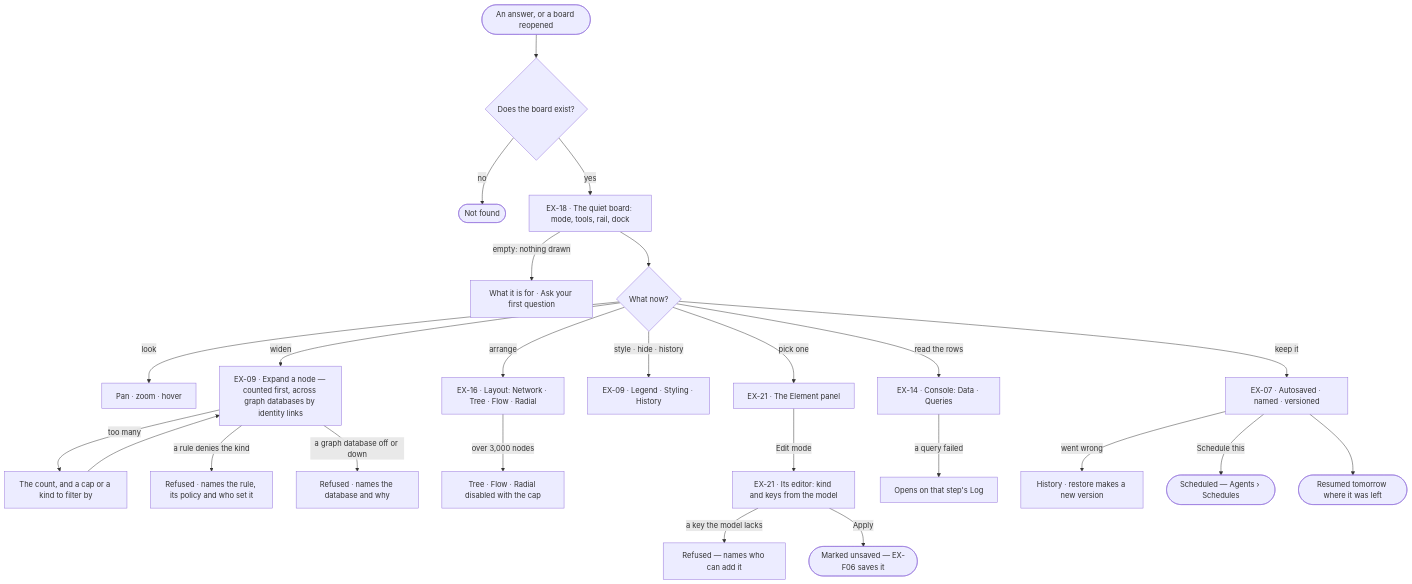
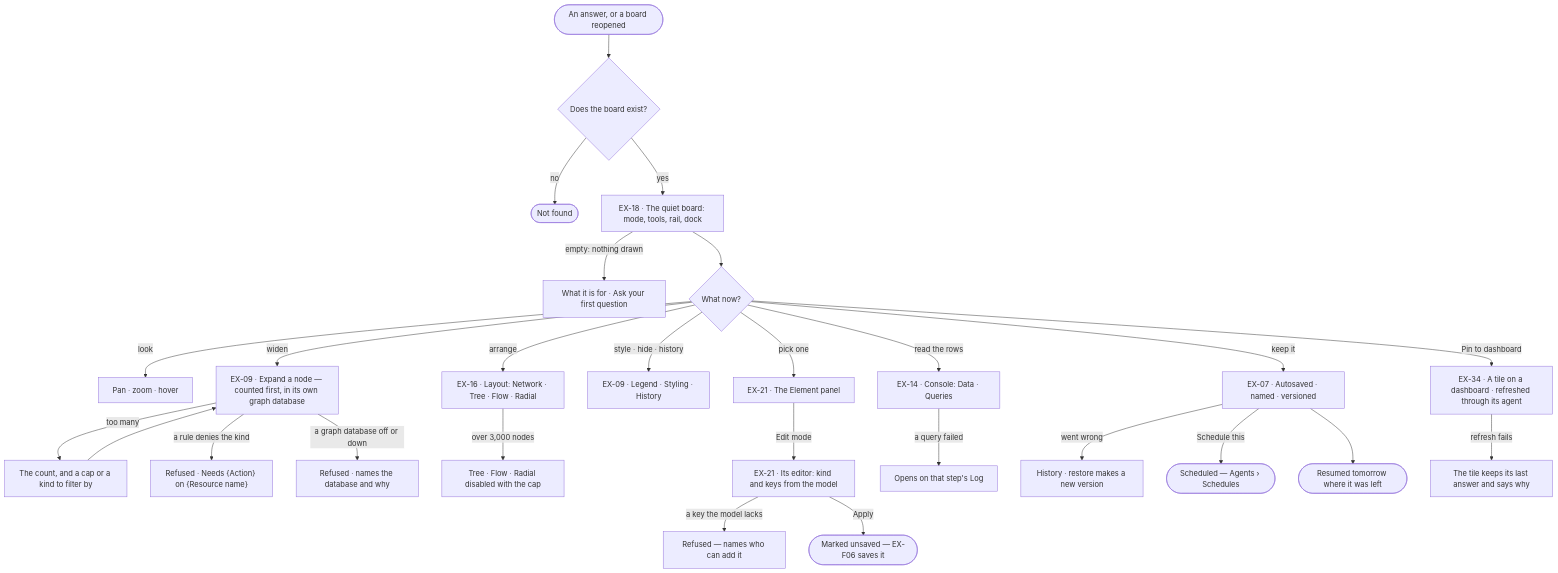
The first of 2 diagrams in specs/capabilities/explore/features/EX-F01-the-board-and-its-canvas/feature.md (invana/invana), drawn with Mermaid before and after one commit. The commit also changed other lines of this file and 456 other files, not shown here.

````diff
--- a/specs/capabilities/explore/features/EX-F01-the-board-and-its-canvas/feature.md
+++ b/specs/capabilities/explore/features/EX-F01-the-board-and-its-canvas/feature.md
@@ -23,26 +23,28 @@
 ```mermaid
 flowchart TD
   start([An answer, or a board reopened]) --> own{"Does the board exist?"}
   own -->|no| nf(["Not found"])
   own -->|yes| b["EX-18 · The quiet board: mode, tools, rail, dock"]
   b -->|empty: nothing drawn| e0["What it is for · Ask your first question"]
   b --> d{What now?}
   d -->|look| look["Pan · zoom · hover"]
-  d -->|widen| ex["EX-09 · Expand a node — counted first, across graph databases by identity links"]
+  d -->|widen| ex["EX-09 · Expand a node — counted first, in its own graph database"]
   ex -->|too many| cap["The count, and a cap or a kind to filter by"] --> ex
-  ex -->|a rule denies the kind| rf["Refused · names the rule, its policy and who set it"]
+  ex -->|a rule denies the kind| rf["Refused · Needs {Action} on {Resource name}"]
   ex -->|a graph database off or down| off["Refused · names the database and why"]
   d -->|arrange| lay["EX-16 · Layout: Network · Tree · Flow · Radial"]
   lay -->|over 3,000 nodes| big["Tree · Flow · Radial disabled with the cap"]
   d -->|style · hide · history| tools["EX-09 · Legend · Styling · History"]
   d -->|pick one| el["EX-21 · The Element panel"]
   el -->|Edit mode| edit["EX-21 · Its editor: kind and keys from the model"]
   edit -->|a key the model lacks| kr["Refused — names who can add it"]
   edit -->|Apply| unsaved(["Marked unsaved — EX-F06 saves it"])
   d -->|read the rows| con["EX-14 · Console: Data · Queries"]
   con -->|a query failed| log["Opens on that step's Log"]
   d -->|keep it| keep["EX-07 · Autosaved · named · versioned"]
   keep -->|went wrong| hist["History · restore makes a new version"]
   keep -->|Schedule this| sched(["Scheduled — Agents › Schedules"])
   keep --> done([Resumed tomorrow where it was left])
+  d -->|Pin to dashboard| dash["EX-34 · A tile on a dashboard · refreshed through its agent"]
+  dash -->|refresh fails| stale["The tile keeps its last answer and says why"]
 ```
````
